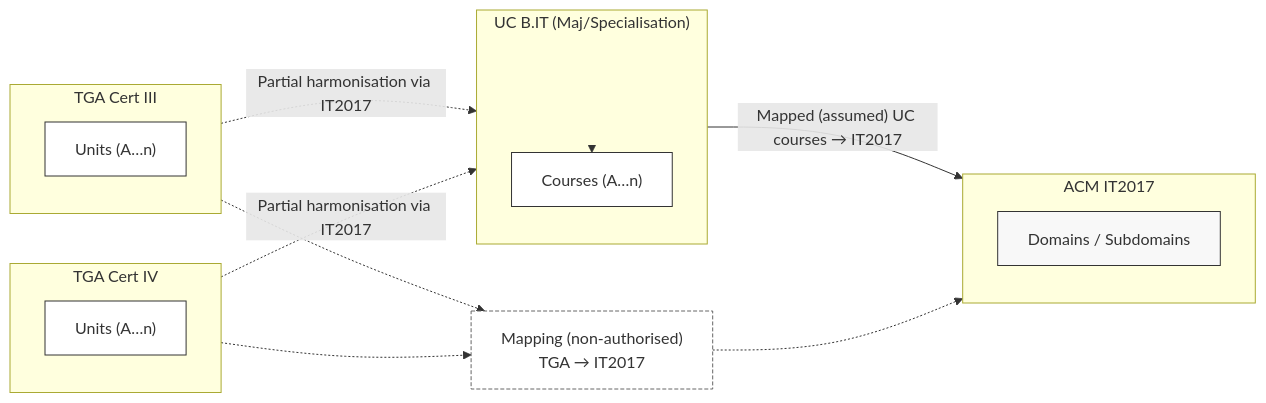
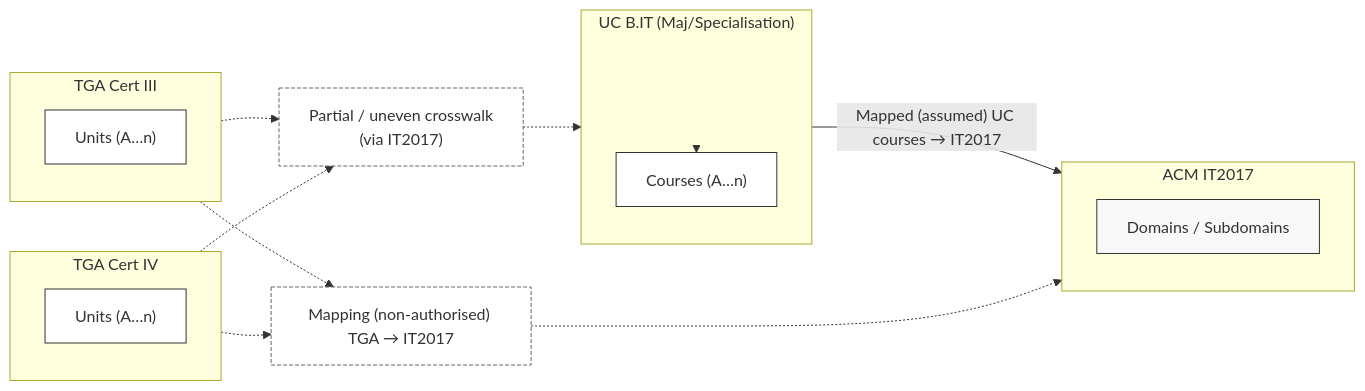
One commit to leskneebone/skills-SPARQL changed the second of 3 diagrams in reports/creditTransferModels.md. Above: the diagram before and after it, drawn with Mermaid.

````diff
--- a/reports/creditTransferModels.md
+++ b/reports/creditTransferModels.md
@@ -40,43 +40,46 @@
 ```mermaid
 flowchart LR
   %% Diagram 2 — attempt mapping via IT2017 (helps HE more than VET)
 
   subgraph CertIII["TGA Cert III"]
     C3["Units (A…n)"]:::unit
   end
 
   subgraph CertIV["TGA Cert IV"]
     C4["Units (A…n)"]:::unit
   end
 
   subgraph UCBIT["UC B.IT (Maj/Specialisation)"]
     spacer[" "]:::spacer
     UC["Courses (A…n)"]:::unit
     spacer --> UC
   end
 
   subgraph IT2017["ACM IT2017"]
     KA["Domains / Subdomains"]:::scheme
   end
 
   %% HE aligns (assumed mapping)
   UCBIT -- "Mapped (assumed) UC courses → IT2017" --> IT2017
 
   %% VET: possible mapping, with no explicit IT2017 mapping
-  VetITMap["Mapping (non-authorised)\nTGA → IT2017"]:::mapping
+  VetITMap["Mapping (non-authorised) TGA → IT2017"]:::mapping
   CertIII -.-> VetITMap
   CertIV  -.-> VetITMap
   VetITMap -.-> IT2017
 
-  %% therefore crosswalk is still partial/uneven
-  CertIII -. "Partial harmonisation via IT2017" .-> UCBIT
-  CertIV  -. "Partial harmonisation via IT2017" .-> UCBIT
+ %% therefore crosswalk is still partial/uneven
+PartialXwalk["Partial / uneven crosswalk\n(via IT2017)"]:::mapping
+
+CertIII -.-> PartialXwalk
+CertIV  -.-> PartialXwalk
+PartialXwalk -.-> UCBIT
 
   classDef unit fill:#fff,stroke:#333,stroke-width:1px;
   classDef scheme fill:#f8f8f8,stroke:#333,stroke-width:1px;
   classDef spacer fill:none,stroke:none;
   classDef mapping fill:#fff,stroke:#666,stroke-dasharray: 4 2;
 
   %% Hide ONLY the spacer link (the first link defined in this diagram)
   linkStyle 0 stroke-width:0px;
 ```
````
